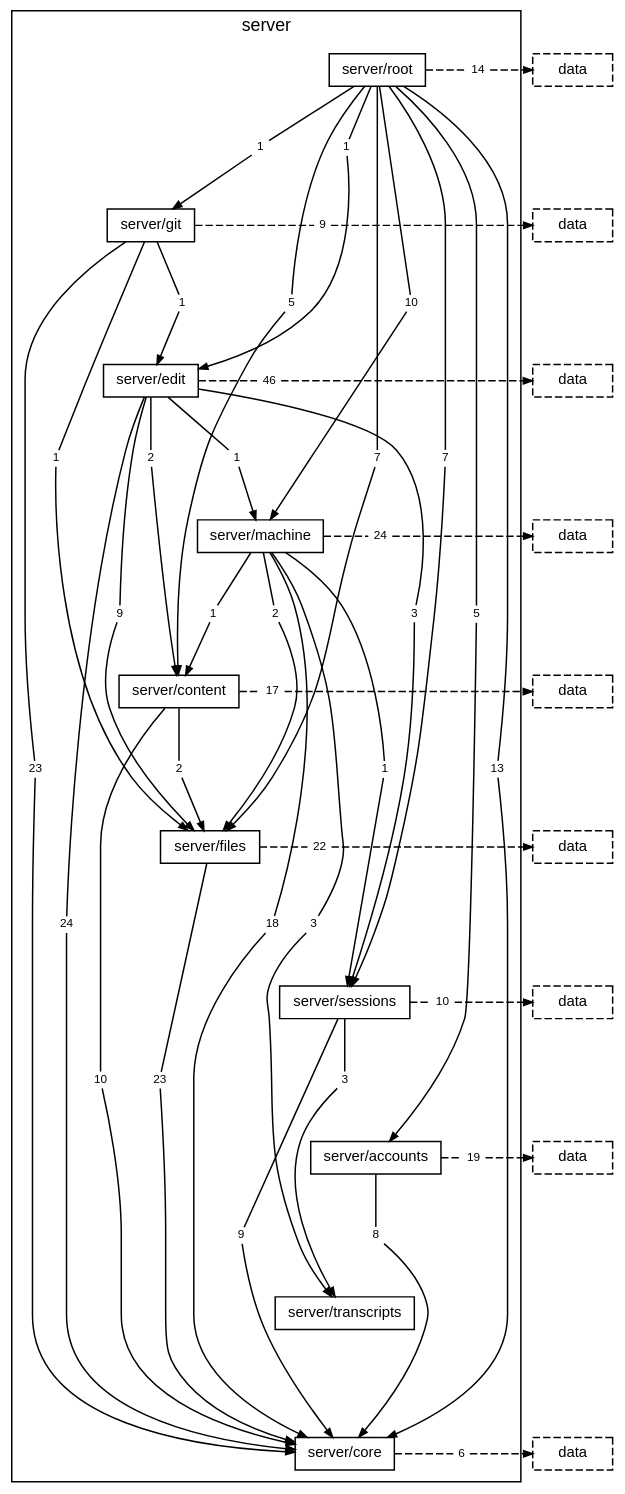
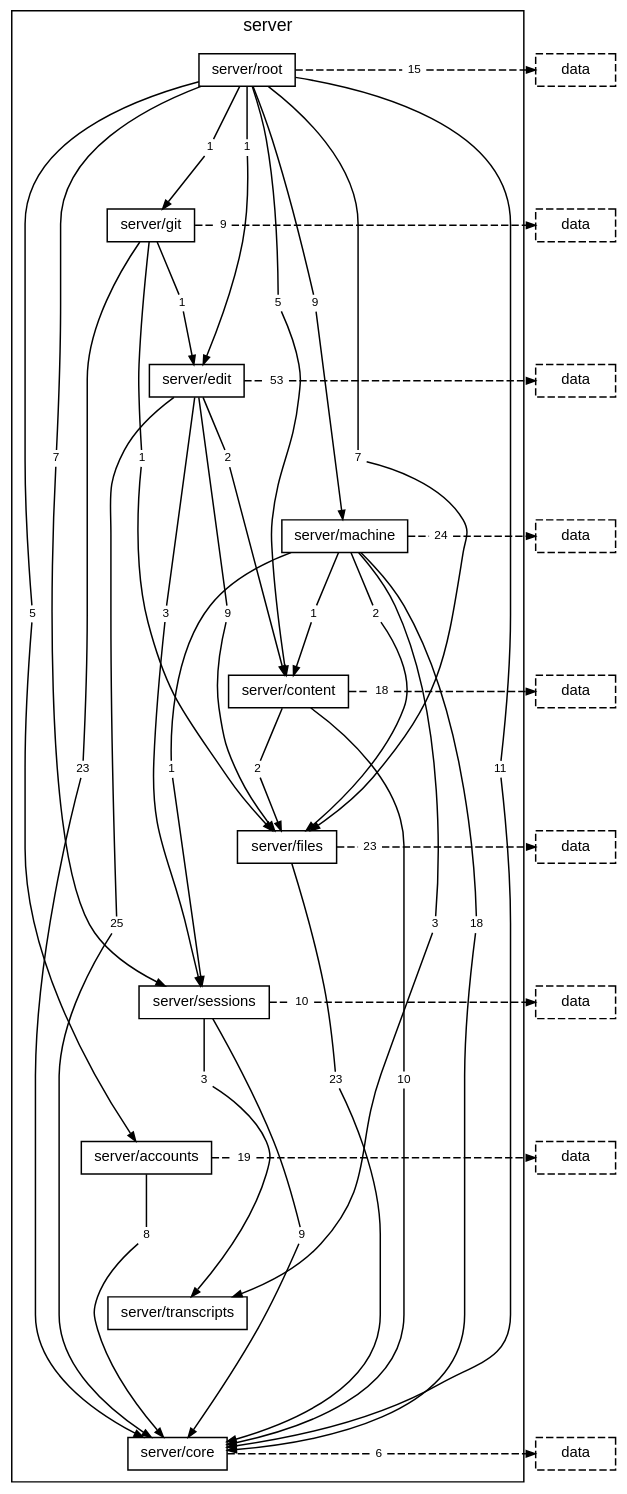
Before and after one commit to TheAxeC/oculus: the diagram in docs/diagrams/layer-server.dot, drawn with Graphviz. The commit also changed 116 other files, not shown here.

```diff
--- a/docs/diagrams/layer-server.dot
+++ b/docs/diagrams/layer-server.dot
@@ -16,23 +16,22 @@
         "folder server/core" [label="server/core"];
         "folder server/root to folder server/accounts" [label="5", shape=box, color="transparent", fontsize=8, width=0, height=0, margin="0.04,0.02"];
         "folder server/root to folder server/content" [label="5", shape=box, color="transparent", fontsize=8, width=0, height=0, margin="0.04,0.02"];
-        "folder server/root to folder server/core" [label="13", shape=box, color="transparent", fontsize=8, width=0, height=0, margin="0.04,0.02"];
+        "folder server/root to folder server/core" [label="11", shape=box, color="transparent", fontsize=8, width=0, height=0, margin="0.04,0.02"];
         "folder server/root to folder server/edit" [label="1", shape=box, color="transparent", fontsize=8, width=0, height=0, margin="0.04,0.02"];
         "folder server/root to folder server/files" [label="7", shape=box, color="transparent", fontsize=8, width=0, height=0, margin="0.04,0.02"];
         "folder server/root to folder server/git" [label="1", shape=box, color="transparent", fontsize=8, width=0, height=0, margin="0.04,0.02"];
-        "folder server/root to folder server/machine" [label="10", shape=box, color="transparent", fontsize=8, width=0, height=0, margin="0.04,0.02"];
+        "folder server/root to folder server/machine" [label="9", shape=box, color="transparent", fontsize=8, width=0, height=0, margin="0.04,0.02"];
         "folder server/root to folder server/sessions" [label="7", shape=box, color="transparent", fontsize=8, width=0, height=0, margin="0.04,0.02"];
-        "folder server/root to layer data" [label="14", shape=box, color="transparent", fontsize=8, width=0, height=0, margin="0.04,0.02"];
+        "folder server/root to layer data" [label="15", shape=box, color="transparent", fontsize=8, width=0, height=0, margin="0.04,0.02"];
         "folder server/git to folder server/core" [label="23", shape=box, color="transparent", fontsize=8, width=0, height=0, margin="0.04,0.02"];
         "folder server/git to folder server/edit" [label="1", shape=box, color="transparent", fontsize=8, width=0, height=0, margin="0.04,0.02"];
         "folder server/git to folder server/files" [label="1", shape=box, color="transparent", fontsize=8, width=0, height=0, margin="0.04,0.02"];
         "folder server/git to layer data" [label="9", shape=box, color="transparent", fontsize=8, width=0, height=0, margin="0.04,0.02"];
         "folder server/edit to folder server/content" [label="2", shape=box, color="transparent", fontsize=8, width=0, height=0, margin="0.04,0.02"];
-        "folder server/edit to folder server/core" [label="24", shape=box, color="transparent", fontsize=8, width=0, height=0, margin="0.04,0.02"];
+        "folder server/edit to folder server/core" [label="25", shape=box, color="transparent", fontsize=8, width=0, height=0, margin="0.04,0.02"];
         "folder server/edit to folder server/files" [label="9", shape=box, color="transparent", fontsize=8, width=0, height=0, margin="0.04,0.02"];
-        "folder server/edit to folder server/machine" [label="1", shape=box, color="transparent", fontsize=8, width=0, height=0, margin="0.04,0.02"];
         "folder server/edit to folder server/sessions" [label="3", shape=box, color="transparent", fontsize=8, width=0, height=0, margin="0.04,0.02"];
-        "folder server/edit to layer data" [label="46", shape=box, color="transparent", fontsize=8, width=0, height=0, margin="0.04,0.02"];
+        "folder server/edit to layer data" [label="53", shape=box, color="transparent", fontsize=8, width=0, height=0, margin="0.04,0.02"];
         "folder server/machine to folder server/content" [label="1", shape=box, color="transparent", fontsize=8, width=0, height=0, margin="0.04,0.02"];
         "folder server/machine to folder server/core" [label="18", shape=box, color="transparent", fontsize=8, width=0, height=0, margin="0.04,0.02"];
         "folder server/machine to folder server/files" [label="2", shape=box, color="transparent", fontsize=8, width=0, height=0, margin="0.04,0.02"];
@@ -41,9 +40,9 @@
         "folder server/machine to layer data" [label="24", shape=box, color="transparent", fontsize=8, width=0, height=0, margin="0.04,0.02"];
         "folder server/content to folder server/core" [label="10", shape=box, color="transparent", fontsize=8, width=0, height=0, margin="0.04,0.02"];
         "folder server/content to folder server/files" [label="2", shape=box, color="transparent", fontsize=8, width=0, height=0, margin="0.04,0.02"];
-        "folder server/content to layer data" [label="17", shape=box, color="transparent", fontsize=8, width=0, height=0, margin="0.04,0.02"];
+        "folder server/content to layer data" [label="18", shape=box, color="transparent", fontsize=8, width=0, height=0, margin="0.04,0.02"];
         "folder server/files to folder server/core" [label="23", shape=box, color="transparent", fontsize=8, width=0, height=0, margin="0.04,0.02"];
-        "folder server/files to layer data" [label="22", shape=box, color="transparent", fontsize=8, width=0, height=0, margin="0.04,0.02"];
+        "folder server/files to layer data" [label="23", shape=box, color="transparent", fontsize=8, width=0, height=0, margin="0.04,0.02"];
         "folder server/sessions to folder server/core" [label="9", shape=box, color="transparent", fontsize=8, width=0, height=0, margin="0.04,0.02"];
         "folder server/sessions to folder server/transcripts" [label="3", shape=box, color="transparent", fontsize=8, width=0, height=0, margin="0.04,0.02"];
         "folder server/sessions to layer data" [label="10", shape=box, color="transparent", fontsize=8, width=0, height=0, margin="0.04,0.02"];
@@ -103,8 +102,6 @@
     "folder server/edit to folder server/core" -> "folder server/core" [];
     "folder server/edit" -> "folder server/edit to folder server/files" [arrowhead=none, minlen=3, weight=10];
     "folder server/edit to folder server/files" -> "folder server/files" [];
-    "folder server/edit" -> "folder server/edit to folder server/machine" [arrowhead=none, minlen=1, weight=10];
-    "folder server/edit to folder server/machine" -> "folder server/machine" [];
     "folder server/edit" -> "folder server/edit to folder server/sessions" [arrowhead=none, minlen=3, weight=10];
     "folder server/edit to folder server/sessions" -> "folder server/sessions" [];
     "folder server/edit" -> "folder server/edit to layer data" [arrowhead=none, style=dashed];
```
